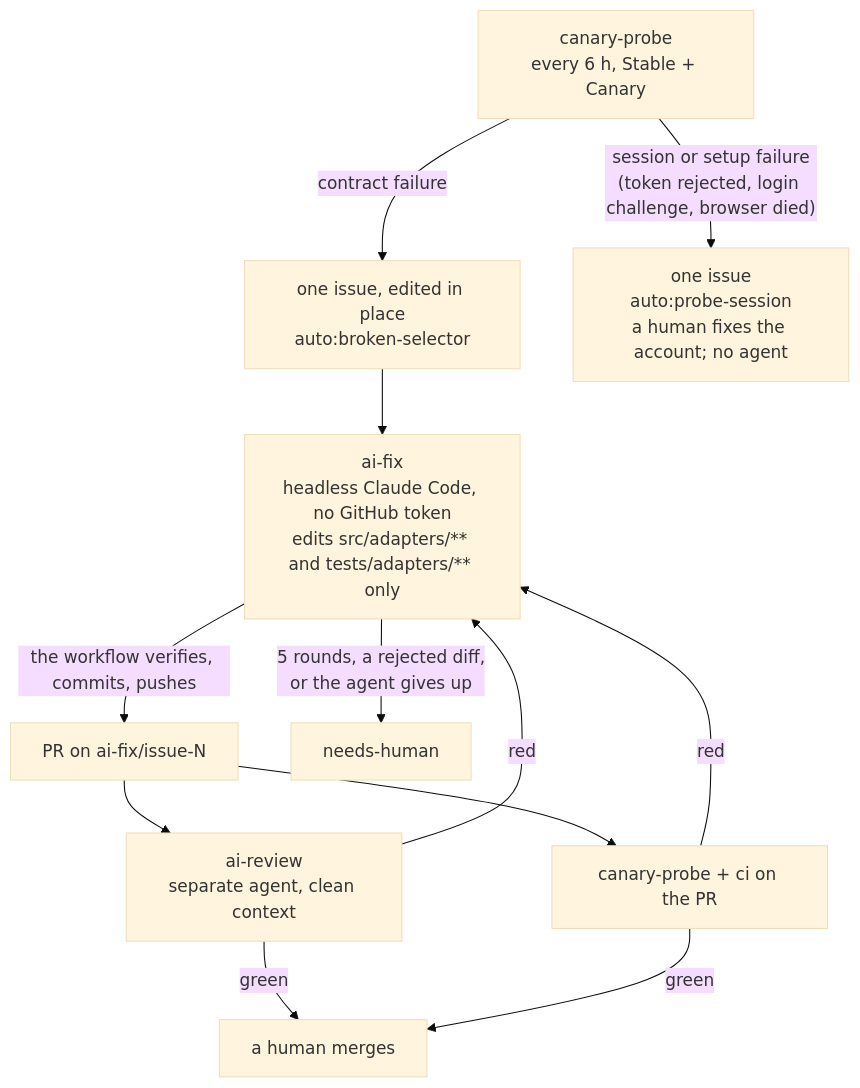
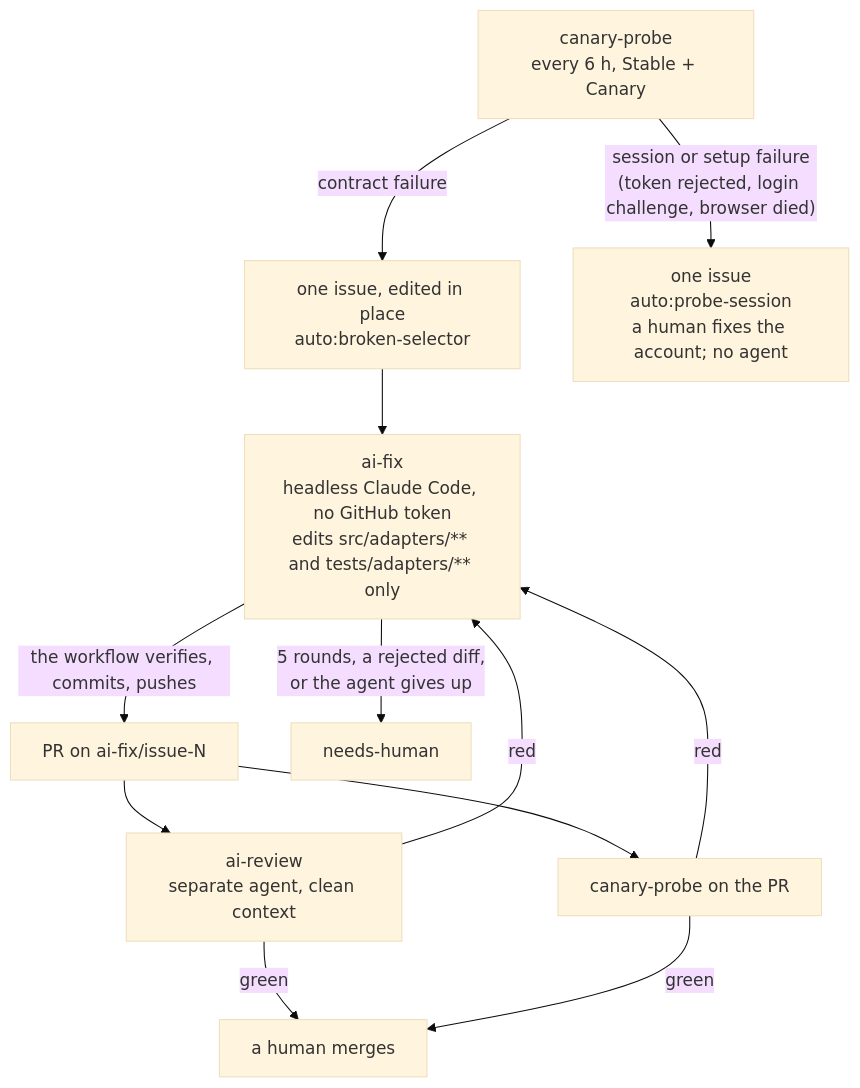
Before and after one commit to 534552454653495A/kibitz: the second of 2 diagrams in README.md, drawn with Mermaid (base theme). The commit also changed other lines of this file, not shown here.

````diff
--- a/README.md
+++ b/README.md
@@ -200,15 +213,15 @@
 ```mermaid
 flowchart TD
   probe["canary-probe<br/>every 6 h, Stable + Canary"]
   probe -- "contract failure" --> issue["one issue, edited in place<br/>auto:broken-selector"]
   probe -- "session or setup failure<br/>(token rejected, login challenge, browser died)" --> session["one issue<br/>auto:probe-session<br/>a human fixes the account; no agent"]
   issue --> fix["ai-fix<br/>headless Claude Code, no GitHub token<br/>edits src/adapters/** and tests/adapters/** only"]
   fix -- "the workflow verifies, commits, pushes" --> pr["PR on ai-fix/issue-N"]
   pr --> review["ai-review<br/>separate agent, clean context"]
-  pr --> reprobe["canary-probe + ci on the PR"]
+  pr --> reprobe["canary-probe on the PR"]
   review -- green --> merge["a human merges"]
   reprobe -- green --> merge
   review -- red --> fix
   reprobe -- red --> fix
   fix -- "5 rounds, a rejected diff,<br/>or the agent gives up" --> nh["needs-human"]
 ```
````
